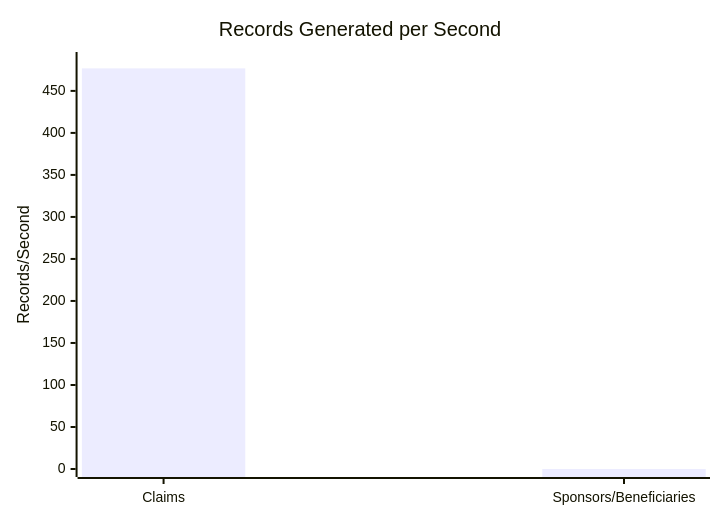
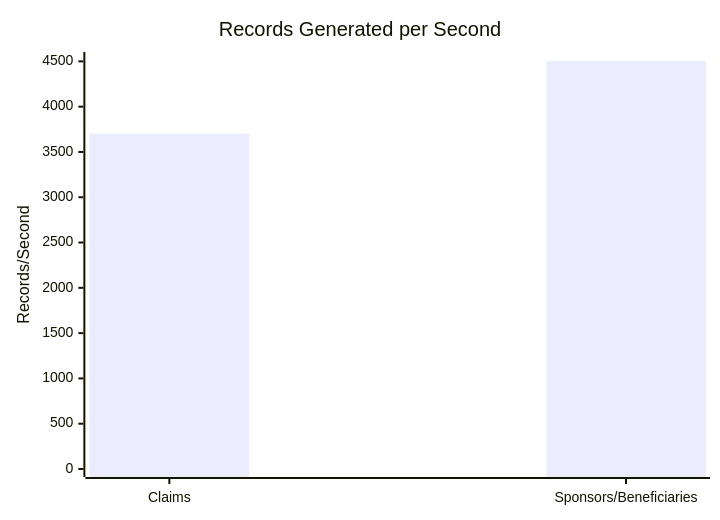
The first of 11 diagrams in test-tools/DataGen/src/Statistics_Visualizer.md (dhagan-va/intern-2025), drawn with Mermaid before and after one commit. The commit also changed other lines of this file and 2 other files, not shown here.

Commit message:
update to insure proper flow between 834 and 999

````diff
--- a/test-tools/DataGen/src/Statistics_Visualizer.md
+++ b/test-tools/DataGen/src/Statistics_Visualizer.md
@@ -18,7 +18,7 @@
 ```mermaid
 xychart-beta
     title "Records Generated per Second"
     x-axis ["Claims", "Sponsors/Beneficiaries"]
-    y-axis "Records/Second" 0 --> 486.77455005497364
-    bar [476.77455005497364, 0.0]
+    y-axis "Records/Second" 0 --> 4515.084520700928
+    bar [3702.1857076558344, 4505.084520700928]
 ```
````
